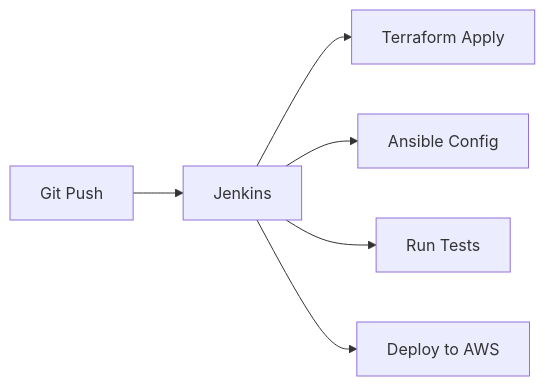
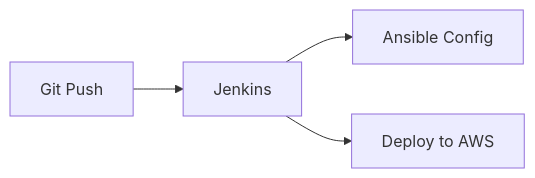
One commit to ProjectLabTeam2/DevPilot changed the second of 3 diagrams in README.md. Above: the diagram before and after it, drawn with Mermaid.

````diff
--- a/README.md
+++ b/README.md
@@ -84,8 +84,6 @@
 ```mermaid
 flowchart LR
     A[Git Push] --> B[Jenkins]
-    B --> C[Terraform Apply]
     B --> D[Ansible Config]
-    B --> E[Run Tests]
     B --> F[Deploy to AWS]
 ```
````
